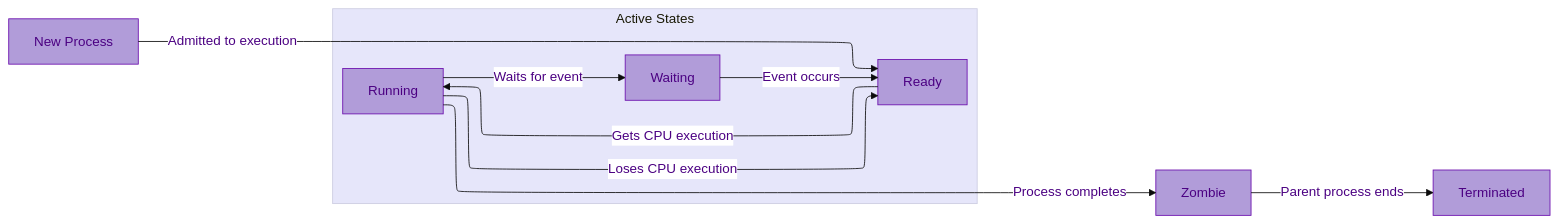
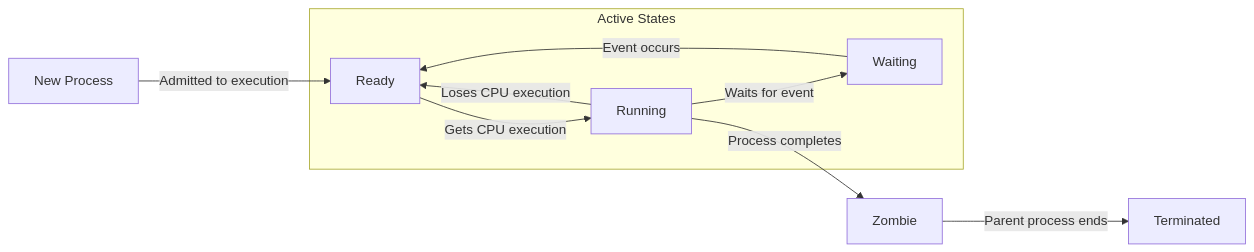
Before and after one commit to Sangdo-Han/Sangdo-Han.github.io: the diagram in docs/programming/concurrent-programming/03. Multiprocessing.md, drawn with Mermaid. The commit also changed 64 other files, not shown here.

````diff
--- a/docs/programming/concurrent-programming/03. Multiprocessing.md
+++ b/docs/programming/concurrent-programming/03. Multiprocessing.md
@@ -61,43 +61,29 @@
 ```mermaid
-%%{
-  init: {
-    'theme': 'base',
-    'layout': 'elk',
-    'themeVariables': {
-      'primaryColor': '#b19cd9',
-      'primaryTextColor': '#4b0082',
-      'primaryBorderColor': '#800080',
-      'edgeLabelBackground': '#ffffff',
-      'tertiaryColor': '#e6e6fa', 
-      'nodeBorder': '#6a0dad'
-    },
-    'curve': 'basis'
-  }
-}%%
+ 
 graph LR
 
 %% Define process states
 new["New Process"]
 ready["Ready"]
 running["Running"]
 wait["Waiting"]
 zombie["Zombie"]
 terminated["Terminated"]
 
 %% Define transitions
 new -->|Admitted to execution| ready
 ready -->|Gets CPU execution| running
 running -->|Loses CPU execution| ready
 running -->|Waits for event| wait
 wait -->|Event occurs| ready
 running -->|Process completes| zombie
 zombie -->|Parent process ends| terminated
 
 %% Group active states
 subgraph Active States
     ready
     running
     wait
 end
 
 ```
````
